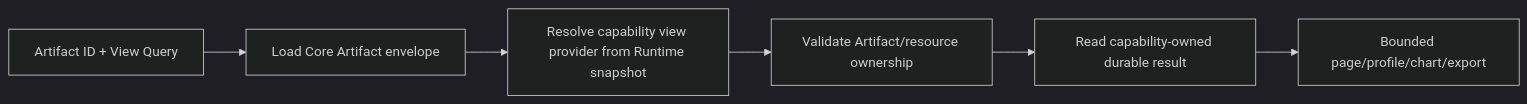
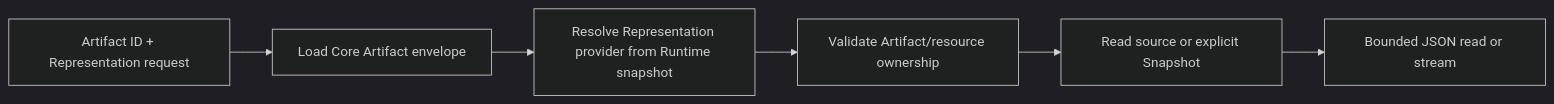
The fifth of 8 diagrams in docs/architecture/backend.md (trrueee/DBFox), drawn with Mermaid (dark theme) before and after one commit. The commit also changed other lines of this file and 86 other files, not shown here.

````diff
--- a/docs/architecture/backend.md
+++ b/docs/architecture/backend.md
@@ -142,8 +155,8 @@
 ```mermaid
 flowchart LR
-  REQUEST["Artifact ID + View Query"] --> LOAD["Load Core Artifact envelope"]
-  LOAD --> PROVIDER["Resolve capability view provider from Runtime snapshot"]
+  REQUEST["Artifact ID + Representation request"] --> LOAD["Load Core Artifact envelope"]
+  LOAD --> PROVIDER["Resolve Representation provider from Runtime snapshot"]
   PROVIDER --> CHECK["Validate Artifact/resource ownership"]
-  CHECK --> READ["Read capability-owned durable result"]
-  READ --> RESPONSE["Bounded page/profile/chart/export"]
+  CHECK --> READ["Read source or explicit Snapshot"]
+  READ --> RESPONSE["Bounded JSON read or stream"]
 ```
````
